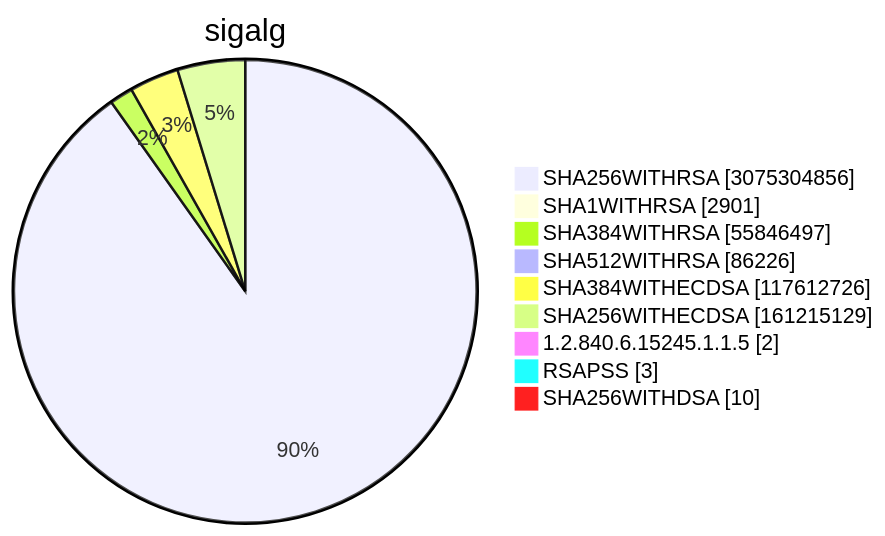
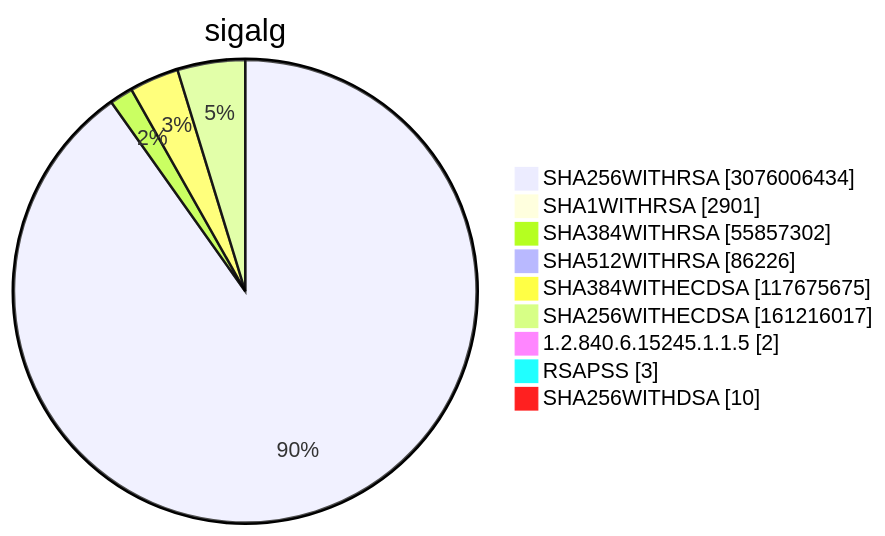
One commit to christiankrug/ctmonitor_visualization changed diagram 15 of 15 in TOTAL/README.md. Above: the diagram before and after it, drawn with Mermaid. The commit also changed other lines of this file, not shown here.

````diff
--- a/TOTAL/README.md
+++ b/TOTAL/README.md
@@ -6209,13 +6209,13 @@
 ```mermaid
 pie showData
 title sigalg
-"SHA256WITHRSA" :3075304856
+"SHA256WITHRSA" :3076006434
 "SHA1WITHRSA" :2901
-"SHA384WITHRSA" :55846497
+"SHA384WITHRSA" :55857302
 "SHA512WITHRSA" :86226
-"SHA384WITHECDSA" :117612726
-"SHA256WITHECDSA" :161215129
+"SHA384WITHECDSA" :117675675
+"SHA256WITHECDSA" :161216017
 "1.2.840.6.15245.1.1.5" :2
 "RSAPSS" :3
 "SHA256WITHDSA" :10
 ```
````
